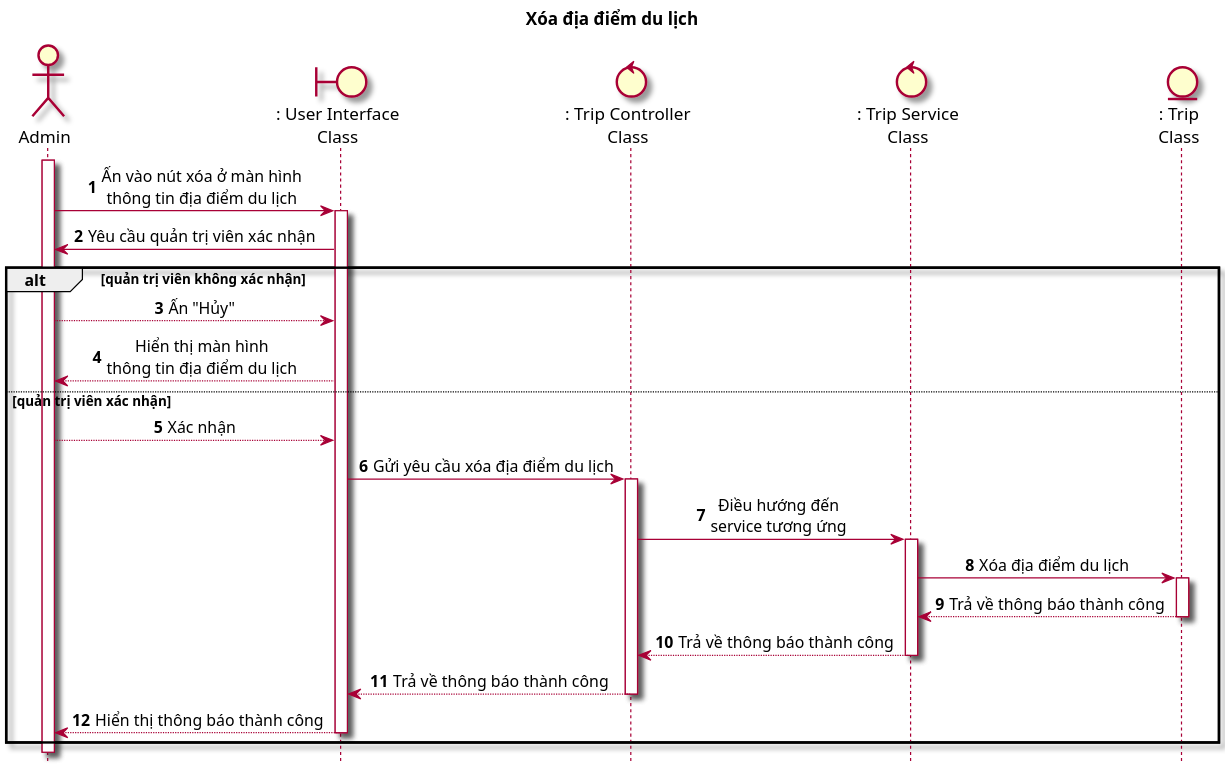
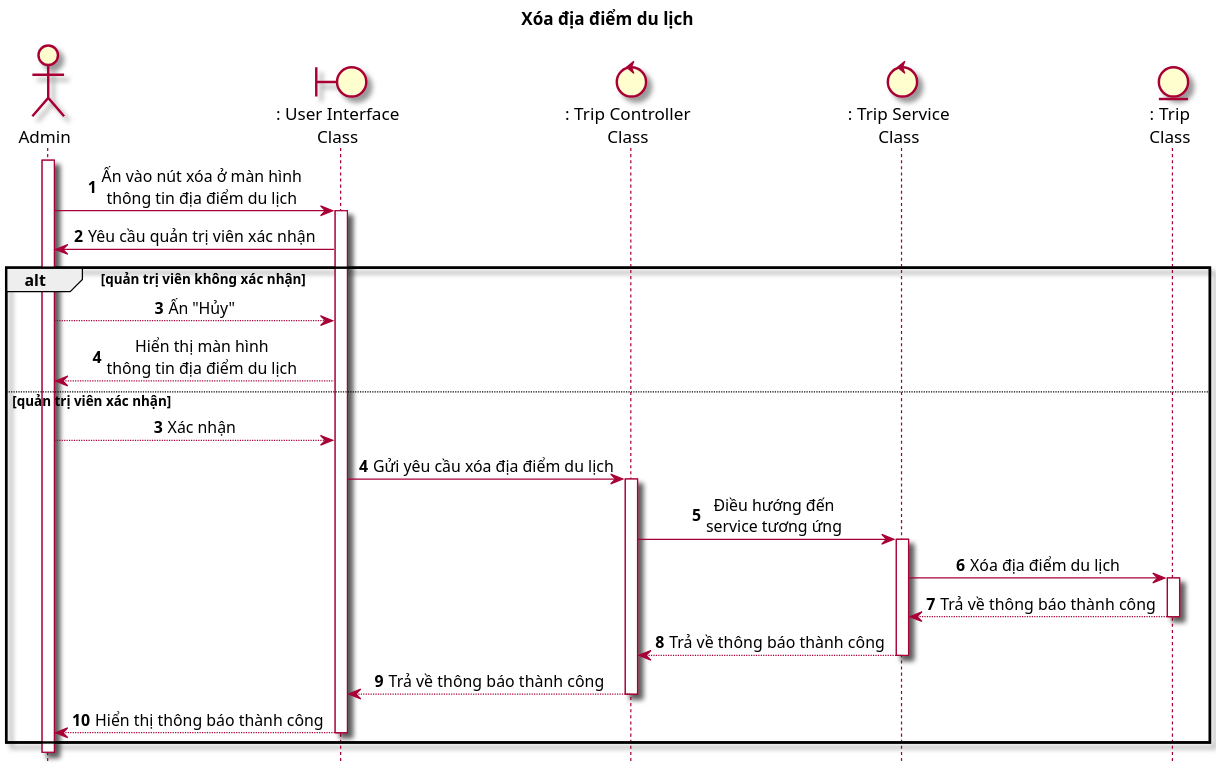
One commit to Griselda4774/WanderFun_Diagram changed the diagram in Sequence/SEQ14_XoaDiaDiemDuLich.puml. Above: the diagram before and after it, drawn with PlantUML. The commit also changed 14 other files, not shown here.

```diff
--- a/Sequence/SEQ14_XoaDiaDiemDuLich.puml
+++ b/Sequence/SEQ14_XoaDiaDiemDuLich.puml
@@ -1,35 +1,35 @@
 @startuml SEQ14_XoaDiaDiemDuLich
 
     title Xóa địa điểm du lịch
 
     skin rose
     scale 2
     skinparam sequenceMessageAlign center
     hide footbox
 
     actor Admin as ad
     boundary ": User Interface\nClass" as ui
     control ": Trip Controller\nClass" as tc
     control ": Trip Service\nClass" as ts
     entity ": Trip\nClass" as t
 
     autonumber
     ad++
     ad -> ui++ : Ấn vào nút xóa ở màn hình\nthông tin địa điểm du lịch
     ui -> ad : Yêu cầu quản trị viên xác nhận
     alt quản trị viên không xác nhận
         ad --> ui : Ấn "Hủy"
         ui --> ad : Hiển thị màn hình\nthông tin địa điểm du lịch
     else quản trị viên xác nhận
-        autonumber 5
+        autonumber 3
         ad --> ui : Xác nhận
         ui -> tc++ : Gửi yêu cầu xóa địa điểm du lịch
         tc -> ts++ : Điều hướng đến\nservice tương ứng
         ts -> t++ : Xóa địa điểm du lịch
         t --> ts-- : Trả về thông báo thành công
         ts --> tc-- : Trả về thông báo thành công
         tc --> ui-- : Trả về thông báo thành công
         ui --> ad-- : Hiển thị thông báo thành công
     end
     
 @enduml
```
